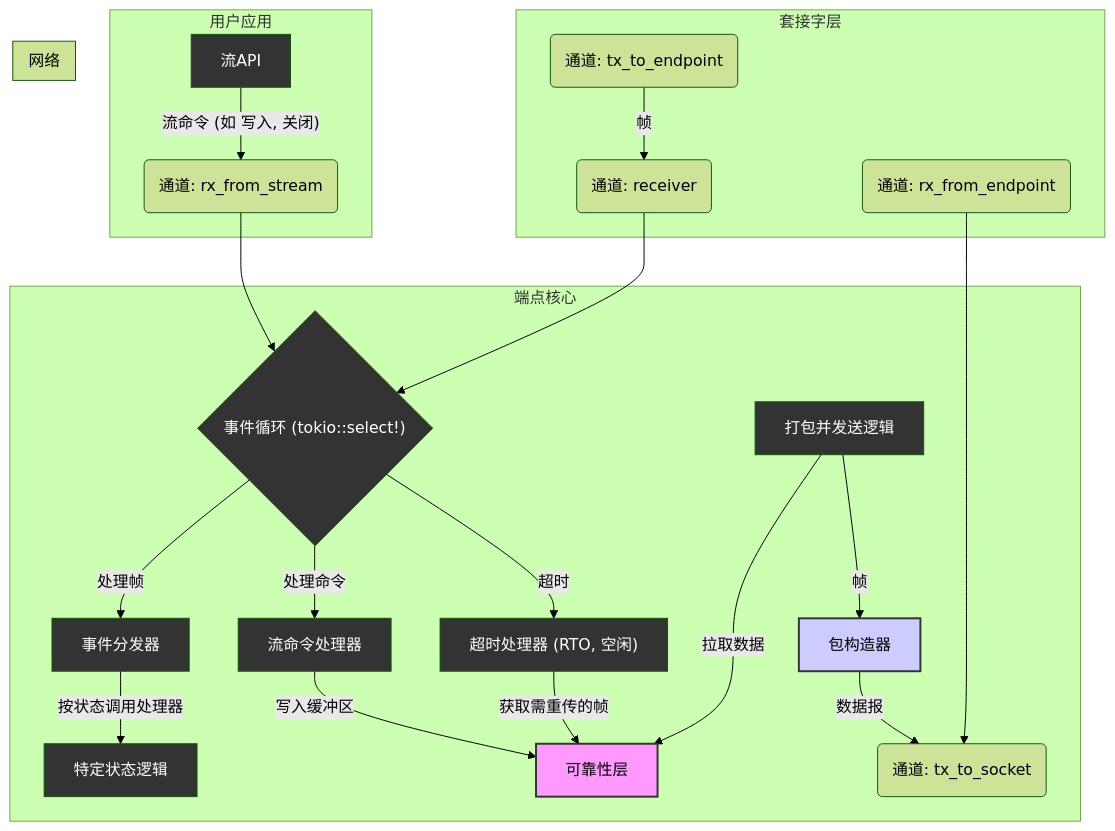
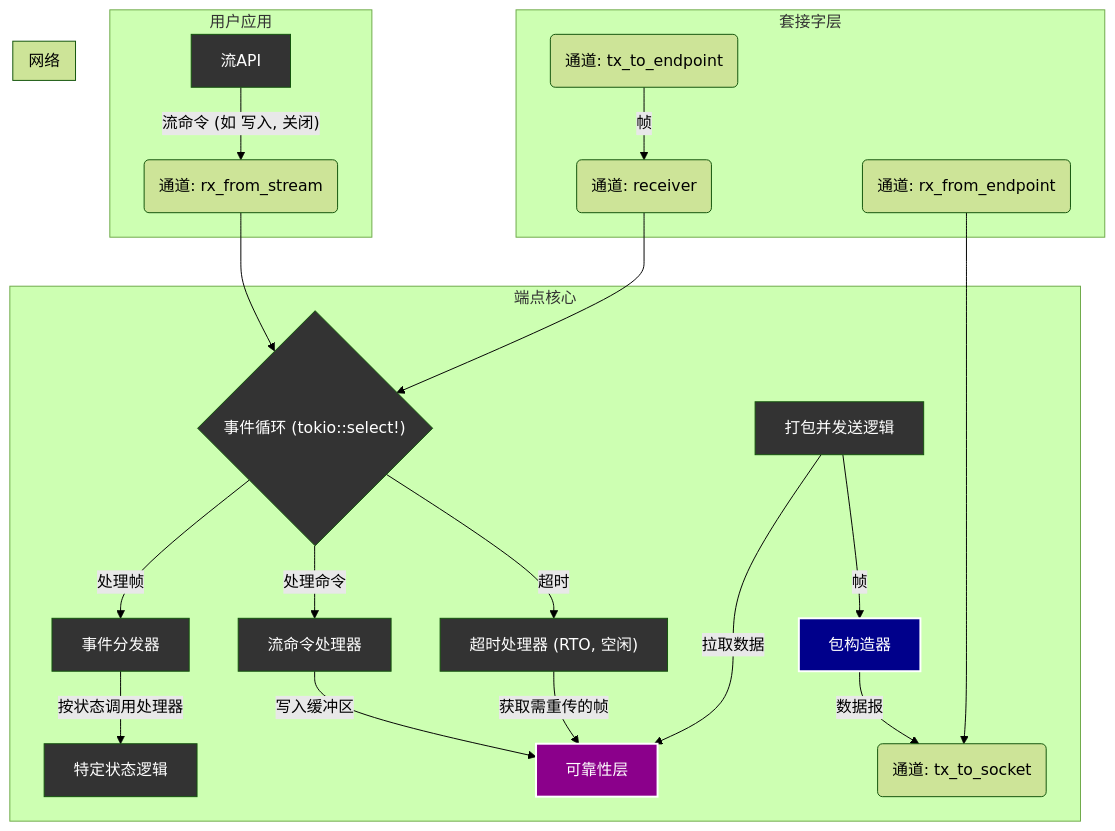
One commit to ShaoG-R/kestrel-protocol changed the diagram in docs/src/dev-docs/components/endpoint/core.md. Above: the diagram before and after it, drawn with Mermaid (forest theme). The commit also changed 3 other files, not shown here.

````diff
--- a/docs/src/dev-docs/components/endpoint/core.md
+++ b/docs/src/dev-docs/components/endpoint/core.md
@@ -40,42 +40,42 @@
 ```mermaid
 graph TD
     subgraph "用户应用"
         A[流API] -- "流命令 (如 写入, 关闭)" --> B
     end
 
     subgraph "端点核心"
         B(通道: rx_from_stream) --> C{"事件循环 (tokio::select!)"}
         
         C -- "处理帧" --> D[事件分发器]
         D -- "按状态调用处理器" --> E[特定状态逻辑]
         
         C -- "处理命令" --> F[流命令处理器]
         F -- "写入缓冲区" --> G[可靠性层]
 
         C -- "超时" --> H["超时处理器 (RTO, 空闲)"]
         H -- "获取需重传的帧" --> G
         
         I[打包并发送逻辑] -- "拉取数据" --> G
         I -- "帧" --> J[包构造器]
         J -- "数据报" --> K(通道: tx_to_socket)
     end
 
     subgraph "套接字层"
         L(通道: rx_from_endpoint) --> K
         M(通道: tx_to_endpoint) -- "帧" --> N
     end
     
     subgraph "网络"
        N(通道: receiver) --> C
     end
     
     style A fill:#333,color:#fff
     style C fill:#333,color:#fff
     style D fill:#333,color:#fff
     style E fill:#333,color:#fff
     style F fill:#333,color:#fff
     style H fill:#333,color:#fff
     style I fill:#333,color:#fff
-    style G fill:#f9f,stroke:#333,stroke-width:2px
-    style J fill:#ccf,stroke:#333,stroke-width:2px
+    style G fill:#8B008B,color:#fff,stroke:#fff,stroke-width:2px
+    style J fill:#00008B,color:#fff,stroke:#fff,stroke-width:2px
 ```
````
